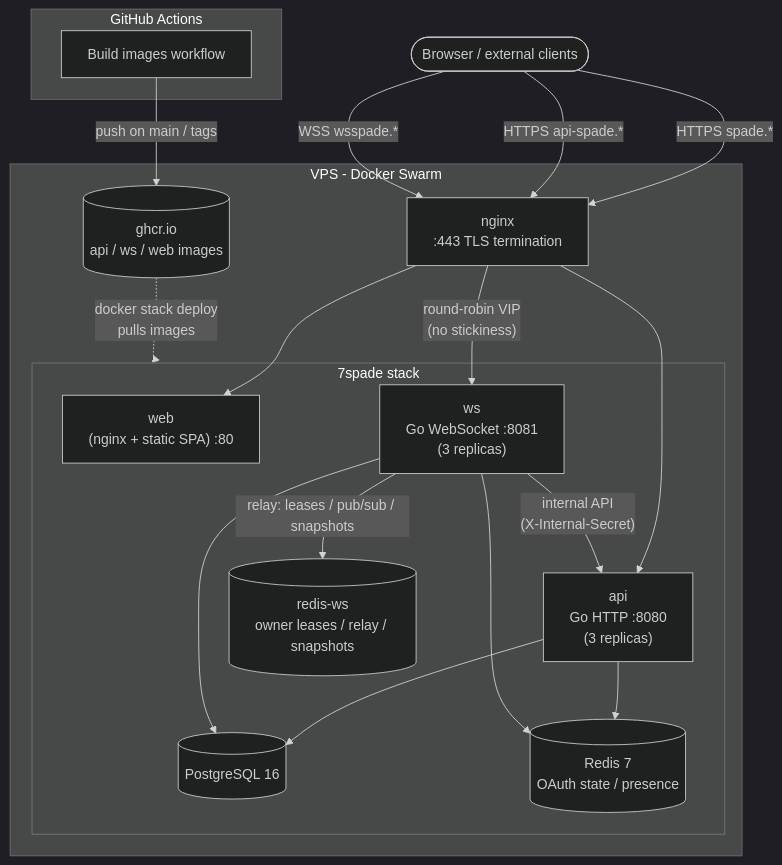
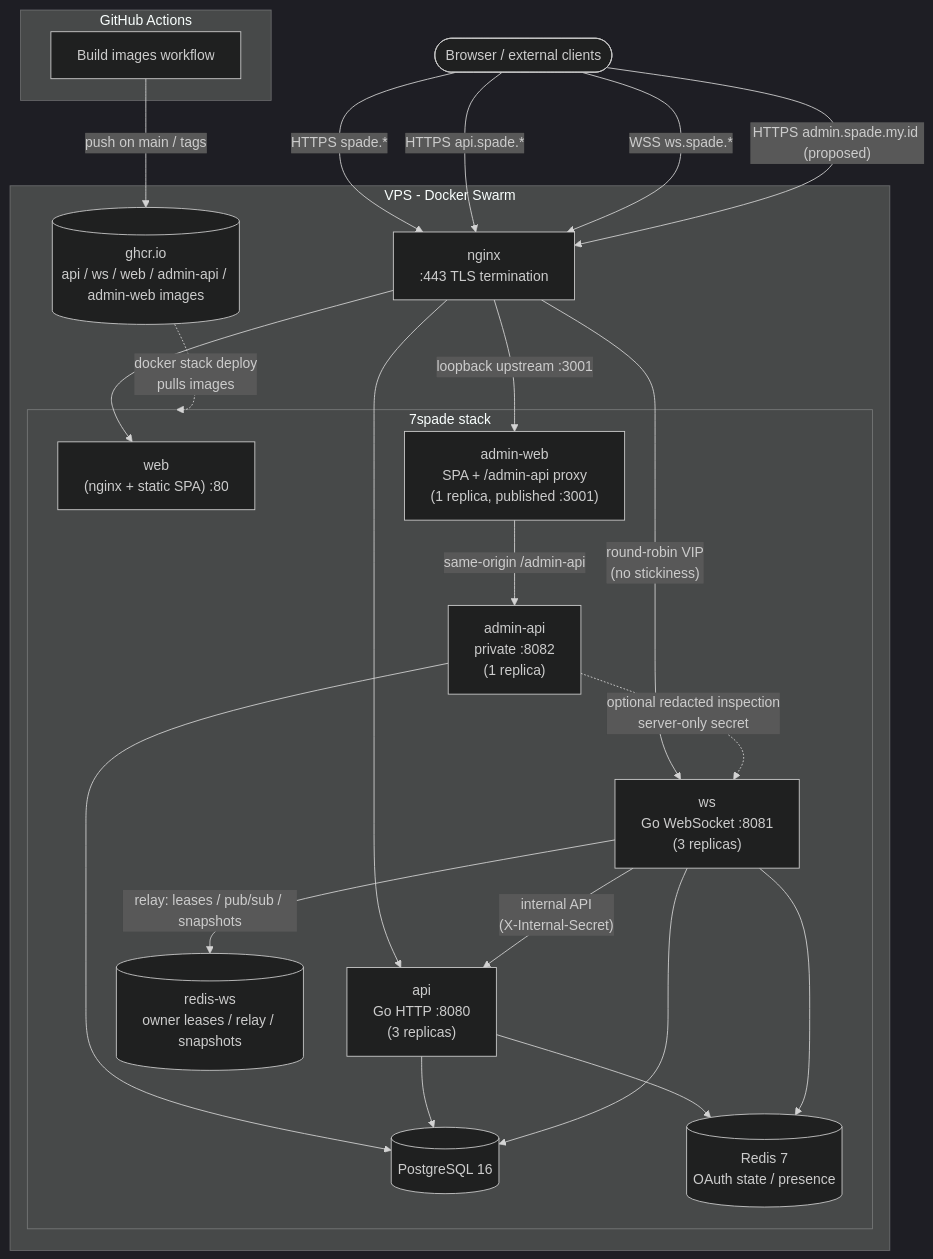
The diagram in docs/deployment/README.md (faytranevozter/7spade), drawn with Mermaid (dark theme) before and after one commit. The commit also changed other lines of this file and 22 other files, not shown here.

````diff
--- a/docs/deployment/README.md
+++ b/docs/deployment/README.md
@@ -56,40 +63,47 @@
 ```mermaid
 flowchart TB
     subgraph CI["GitHub Actions"]
         build["Build images workflow"]
     end
-    ghcr[("ghcr.io<br/>api / ws / web images")]
+    ghcr[("ghcr.io<br/>api / ws / web / admin-api / admin-web images")]
     build -- "push on main / tags" --> ghcr
 
     browser(["Browser / external clients"])
 
     subgraph vps["VPS - Docker Swarm"]
         nginx["nginx<br/>:443 TLS termination"]
 
         subgraph stack["7spade stack"]
             web["web<br/>(nginx + static SPA) :80"]
             api["api<br/>Go HTTP :8080<br/>(3 replicas)"]
             ws["ws<br/>Go WebSocket :8081<br/>(3 replicas)"]
+            adminweb["admin-web<br/>SPA + /admin-api proxy<br/>(1 replica, published :3001)"]
+            adminapi["admin-api<br/>private :8082<br/>(1 replica)"]
             pg[("PostgreSQL 16")]
             redis[("Redis 7<br/>OAuth state / presence")]
             redisws[("redis-ws<br/>owner leases / relay / snapshots")]
         end
 
         ghcr -. "docker stack deploy<br/>pulls images" .-> stack
     end
 
     browser -- "HTTPS spade.*" --> nginx
-    browser -- "HTTPS api-spade.*" --> nginx
-    browser -- "WSS wsspade.*" --> nginx
+    browser -- "HTTPS api.spade.*" --> nginx
+    browser -- "WSS ws.spade.*" --> nginx
+    browser -- "HTTPS admin.spade.my.id (proposed)" --> nginx
 
     nginx --> web
     nginx --> api
     nginx -- "round-robin VIP<br/>(no stickiness)" --> ws
+    nginx -- "loopback upstream :3001" --> adminweb
+    adminweb -- "same-origin /admin-api" --> adminapi
+    adminapi --> pg
+    adminapi -. "optional redacted inspection<br/>server-only secret" .-> ws
 
     api --> pg
     api --> redis
     ws --> pg
     ws --> redis
     ws -- "relay: leases / pub/sub / snapshots" --> redisws
     ws -- "internal API<br/>(X-Internal-Secret)" --> api
 ```
````
